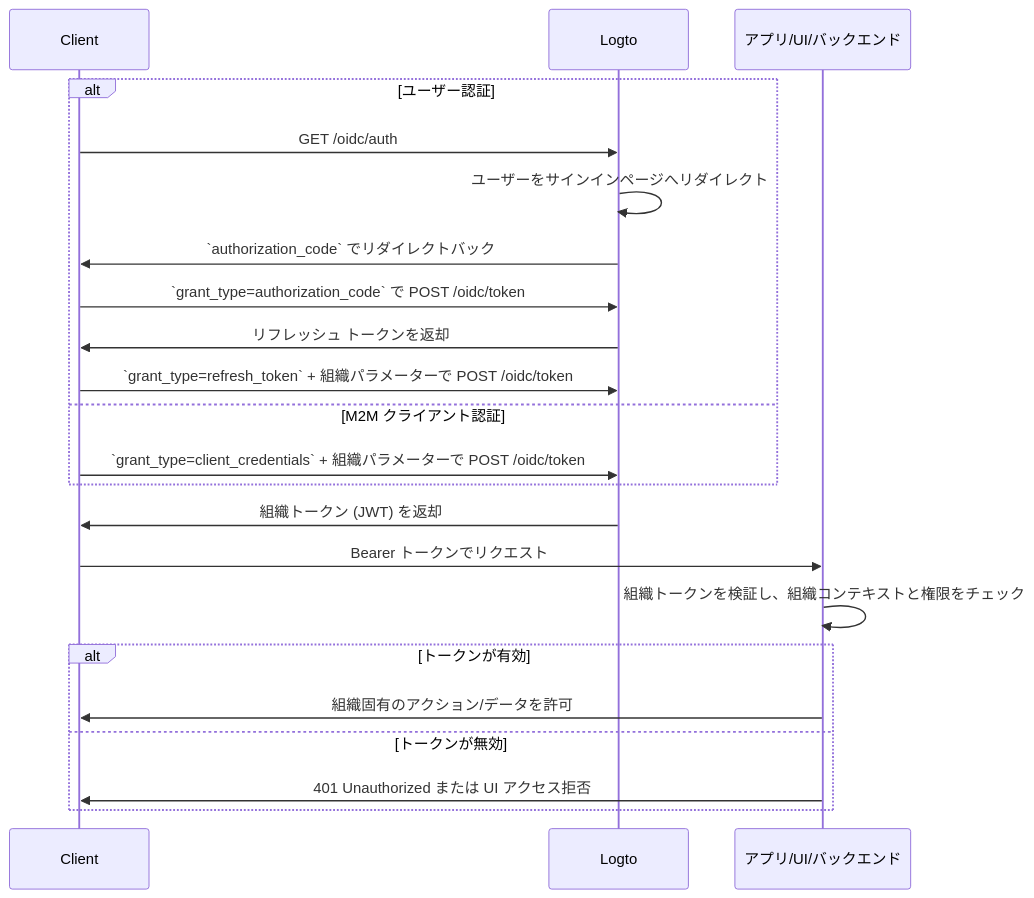
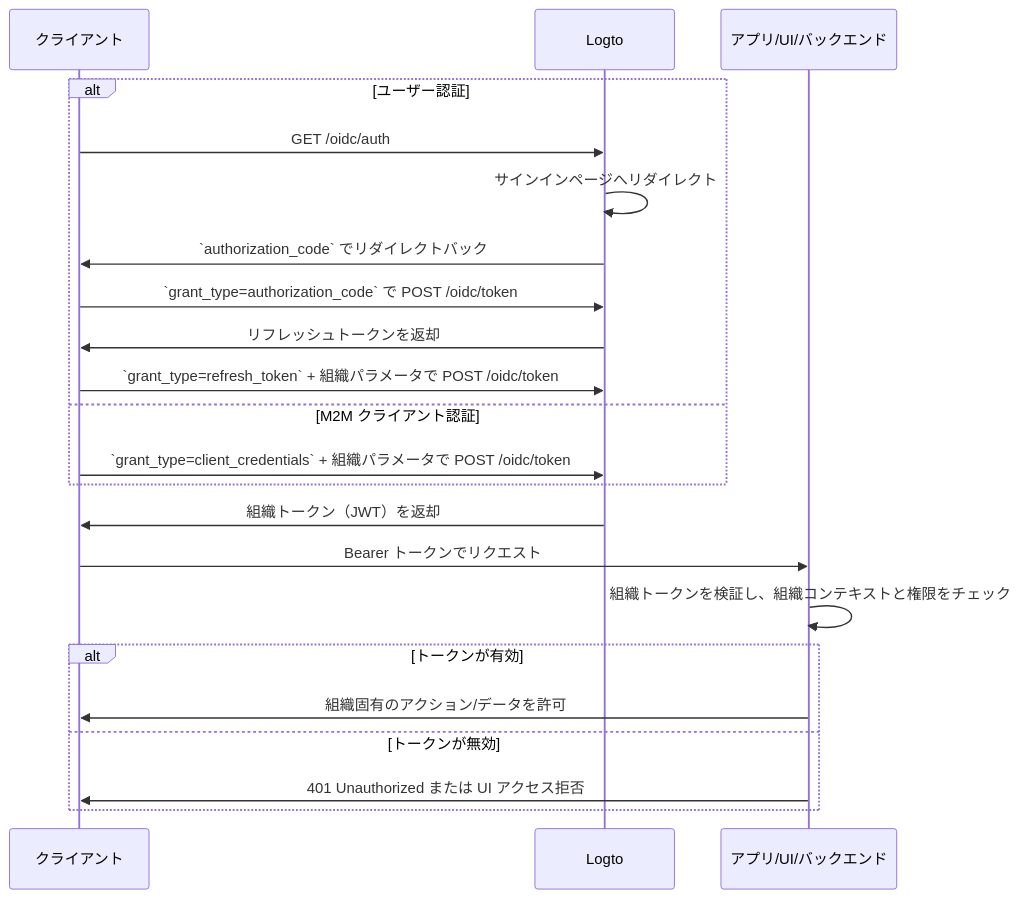
The diagram in i18n/ja/docusaurus-plugin-content-docs/current/authorization/organization-permissions.mdx (logto-io/docs), drawn with Mermaid before and after one commit. The commit also changed other lines of this file and 36 other files, not shown here.

````diff
--- a/i18n/ja/docusaurus-plugin-content-docs/current/authorization/organization-permissions.mdx
+++ b/i18n/ja/docusaurus-plugin-content-docs/current/authorization/organization-permissions.mdx
@@ -58,27 +59,27 @@
 ```mermaid
 sequenceDiagram
-    participant Client
-    participant Logto
+    participant Client as クライアント
+    participant Logto as Logto
     participant App as アプリ/UI/バックエンド
 
     alt ユーザー認証
         Client->>Logto: GET /oidc/auth
-        Logto->>Logto: ユーザーをサインインページへリダイレクト
+        Logto->>Logto: サインインページへリダイレクト
         Logto->>Client: `authorization_code` でリダイレクトバック
         Client->>Logto: `grant_type=authorization_code` で POST /oidc/token
-        Logto->>Client: リフレッシュ トークンを返却
-        Client->>Logto: `grant_type=refresh_token` + 組織パラメーターで POST /oidc/token
+        Logto->>Client: リフレッシュトークンを返却
+        Client->>Logto: `grant_type=refresh_token` + 組織パラメータで POST /oidc/token
     else M2M クライアント認証
-        Client->>Logto: `grant_type=client_credentials` + 組織パラメーターで POST /oidc/token
+        Client->>Logto: `grant_type=client_credentials` + 組織パラメータで POST /oidc/token
     end
 
-    Logto->>Client: 組織トークン (JWT) を返却
+    Logto->>Client: 組織トークン（JWT）を返却
     Client->>App: Bearer トークンでリクエスト
     App->>App: 組織トークンを検証し、組織コンテキストと権限をチェック
 
     alt トークンが有効
         App->>Client: 組織固有のアクション/データを許可
     else トークンが無効
         App->>Client: 401 Unauthorized または UI アクセス拒否
     end
 ```
````
